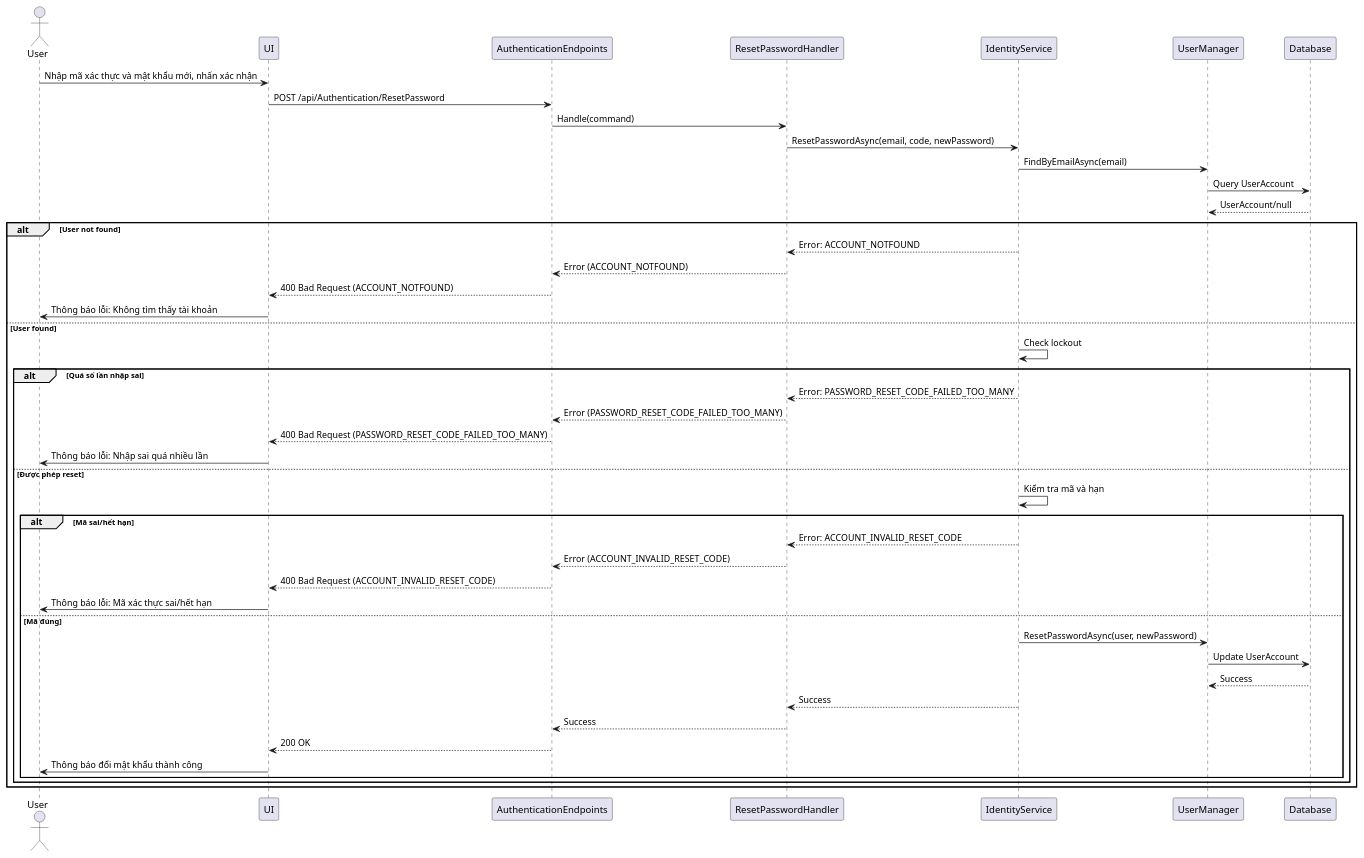
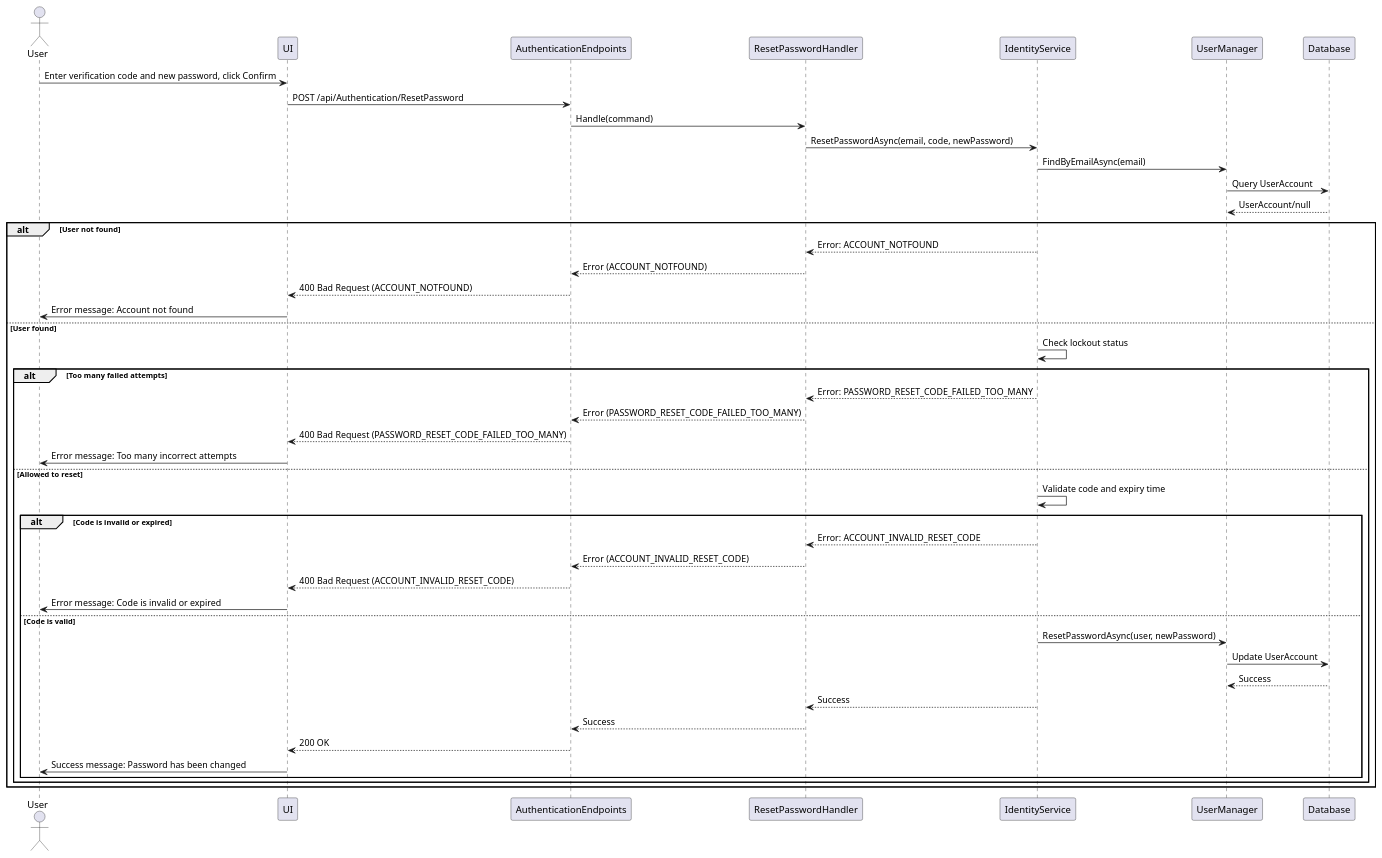
The diagram in authentication/Sequence/09_ResetPassword.puml (thanhkhac/SEP_Diagram), drawn with PlantUML before and after one commit. The commit also changed 8 other files, not shown here.

First line of the commit message:
Update authentication sequence diagrams for clarity and consistency

```diff
--- a/authentication/Sequence/09_ResetPassword.puml
+++ b/authentication/Sequence/09_ResetPassword.puml
@@ -1,47 +1,48 @@
 @startuml
 actor User
 participant UI
 participant AuthenticationEndpoints
 participant ResetPasswordHandler
 participant IdentityService
 participant UserManager
 participant Database
 
-User -> UI : Nhập mã xác thực và mật khẩu mới, nhấn xác nhận
+User -> UI : Enter verification code and new password, click Confirm
 UI -> AuthenticationEndpoints : POST /api/Authentication/ResetPassword
 AuthenticationEndpoints -> ResetPasswordHandler : Handle(command)
 ResetPasswordHandler -> IdentityService : ResetPasswordAsync(email, code, newPassword)
 IdentityService -> UserManager : FindByEmailAsync(email)
 UserManager -> Database : Query UserAccount
 Database --> UserManager : UserAccount/null
+
 alt User not found
     IdentityService --> ResetPasswordHandler : Error: ACCOUNT_NOTFOUND
     ResetPasswordHandler --> AuthenticationEndpoints : Error (ACCOUNT_NOTFOUND)
     AuthenticationEndpoints --> UI : 400 Bad Request (ACCOUNT_NOTFOUND)
-    UI -> User : Thông báo lỗi: Không tìm thấy tài khoản
+    UI -> User : Error message: Account not found
 else User found
-    IdentityService -> IdentityService : Check lockout
-    alt Quá số lần nhập sai
+    IdentityService -> IdentityService : Check lockout status
+    alt Too many failed attempts
         IdentityService --> ResetPasswordHandler : Error: PASSWORD_RESET_CODE_FAILED_TOO_MANY
         ResetPasswordHandler --> AuthenticationEndpoints : Error (PASSWORD_RESET_CODE_FAILED_TOO_MANY)
         AuthenticationEndpoints --> UI : 400 Bad Request (PASSWORD_RESET_CODE_FAILED_TOO_MANY)
-        UI -> User : Thông báo lỗi: Nhập sai quá nhiều lần
-    else Được phép reset
-        IdentityService -> IdentityService : Kiểm tra mã và hạn
-        alt Mã sai/hết hạn
+        UI -> User : Error message: Too many incorrect attempts
+    else Allowed to reset
+        IdentityService -> IdentityService : Validate code and expiry time
+        alt Code is invalid or expired
             IdentityService --> ResetPasswordHandler : Error: ACCOUNT_INVALID_RESET_CODE
             ResetPasswordHandler --> AuthenticationEndpoints : Error (ACCOUNT_INVALID_RESET_CODE)
             AuthenticationEndpoints --> UI : 400 Bad Request (ACCOUNT_INVALID_RESET_CODE)
-            UI -> User : Thông báo lỗi: Mã xác thực sai/hết hạn
-        else Mã đúng
+            UI -> User : Error message: Code is invalid or expired
+        else Code is valid
             IdentityService -> UserManager : ResetPasswordAsync(user, newPassword)
             UserManager -> Database : Update UserAccount
             Database --> UserManager : Success
             IdentityService --> ResetPasswordHandler : Success
             ResetPasswordHandler --> AuthenticationEndpoints : Success
             AuthenticationEndpoints --> UI : 200 OK
-            UI -> User : Thông báo đổi mật khẩu thành công
+            UI -> User : Success message: Password has been changed
         end
     end
 end
 @enduml
```
